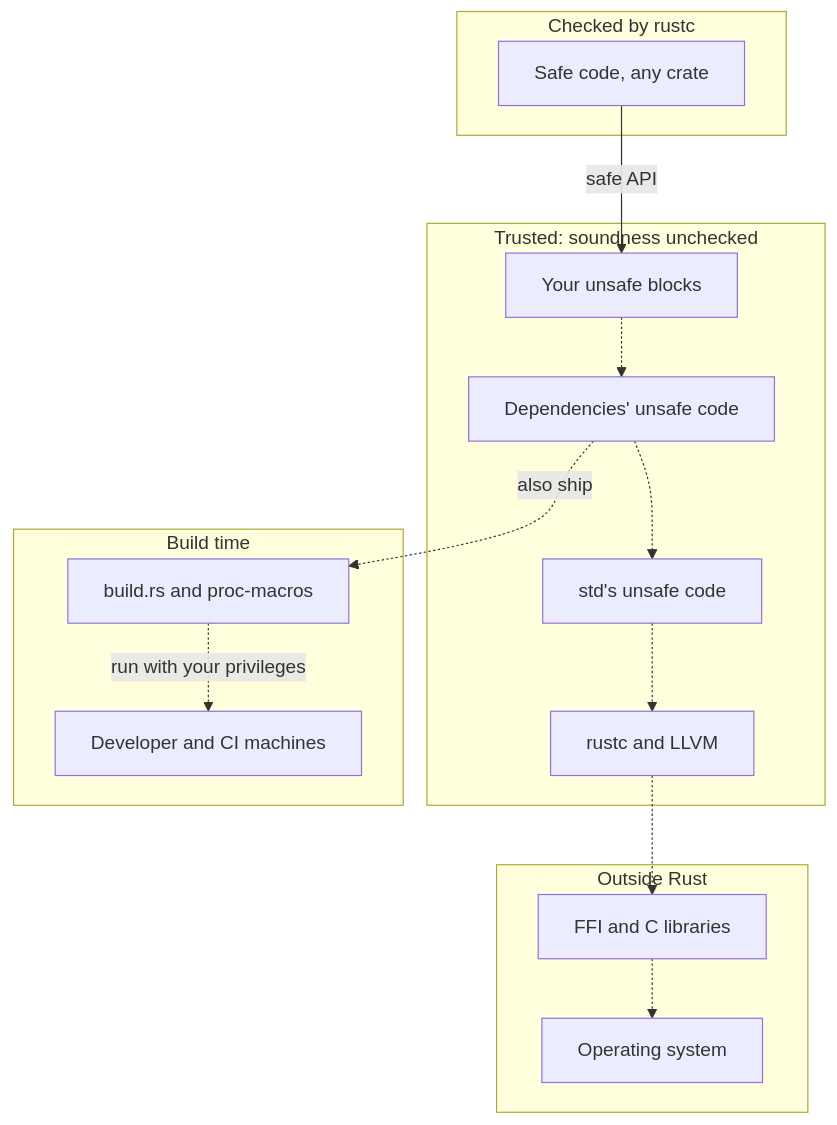
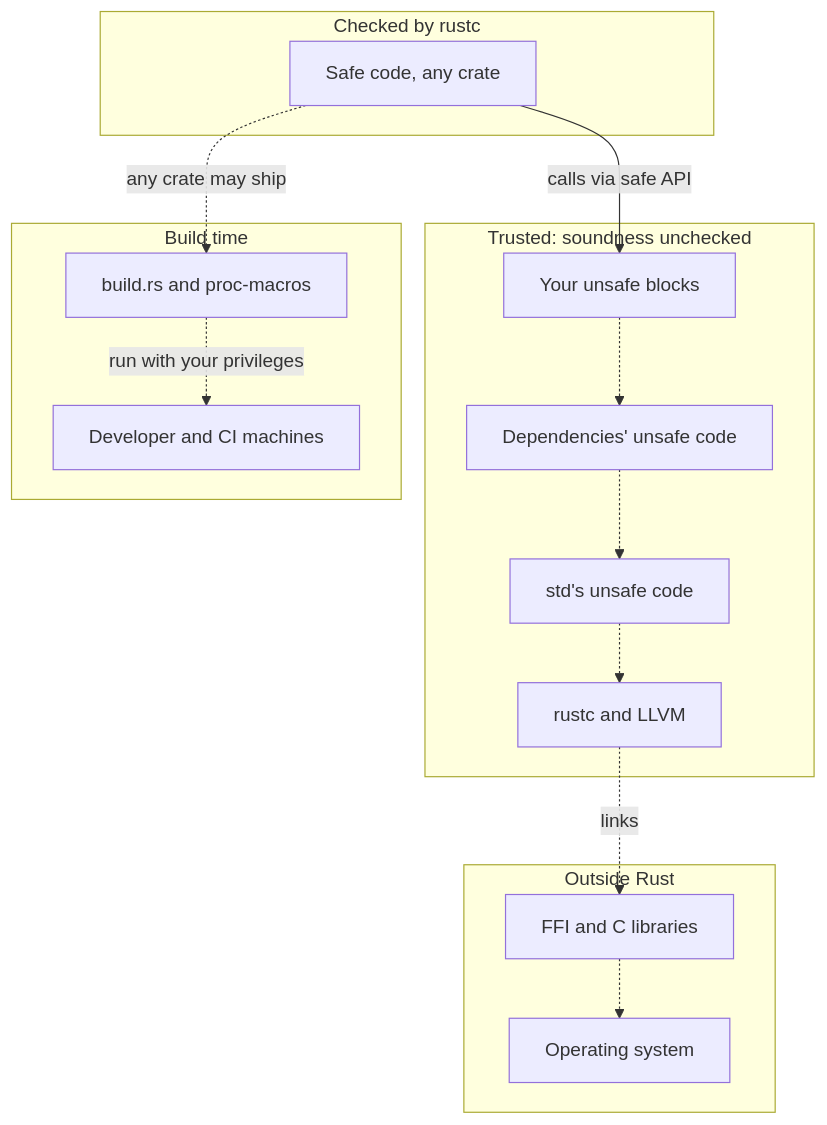
The first of 3 diagrams in README.md (iAnonymous3000/awesome-rust-security-guide), drawn with Mermaid before and after one commit. The commit also changed other lines of this file and 1 other file, not shown here.

````diff
--- a/README.md
+++ b/README.md
@@ -109,30 +114,30 @@
 ```mermaid
 flowchart TD
   accTitle: Where Rust's guarantees stop
-  accDescr: Safe code in any crate is checked by rustc and calls your unsafe blocks through a checked safe API. Below that, each layer is trusted without checks - dependencies' unsafe code, std's unsafe code, rustc and LLVM, FFI and C libraries, then the operating system. Dependencies also ship build scripts and proc-macros that run with your privileges on developer and CI machines.
+  accDescr: Safe code in any crate is type-checked by rustc and calls your unsafe blocks through a safe API. Below that, each layer is trusted without checks - dependencies' unsafe code, std's unsafe code, rustc and LLVM, then the FFI and C libraries it links, then the operating system. Any crate, even one with no unsafe code, can ship build scripts and proc-macros that run with your privileges on developer and CI machines.
   subgraph z1["Checked by rustc"]
     n1["Safe code, any crate"]
   end
   subgraph z2["Trusted: soundness unchecked"]
     n2["Your unsafe blocks"]
     n3["Dependencies' unsafe code"]
     n4["std's unsafe code"]
     n5["rustc and LLVM"]
   end
   subgraph z3["Outside Rust"]
     n6["FFI and C libraries"]
     n7["Operating system"]
   end
   subgraph z4["Build time"]
     n8["build.rs and proc-macros"]
     n9["Developer and CI machines"]
   end
-  n1 -->|"safe API"| n2
+  n1 -->|"calls via safe API"| n2
   n2 -.-> n3
   n3 -.-> n4
   n4 -.-> n5
-  n5 -.-> n6
+  n5 -.->|"links"| n6
   n6 -.-> n7
-  n3 -.->|"also ship"| n8
+  n1 -.->|"any crate may ship"| n8
   n8 -.->|"run with your privileges"| n9
 ```
````
